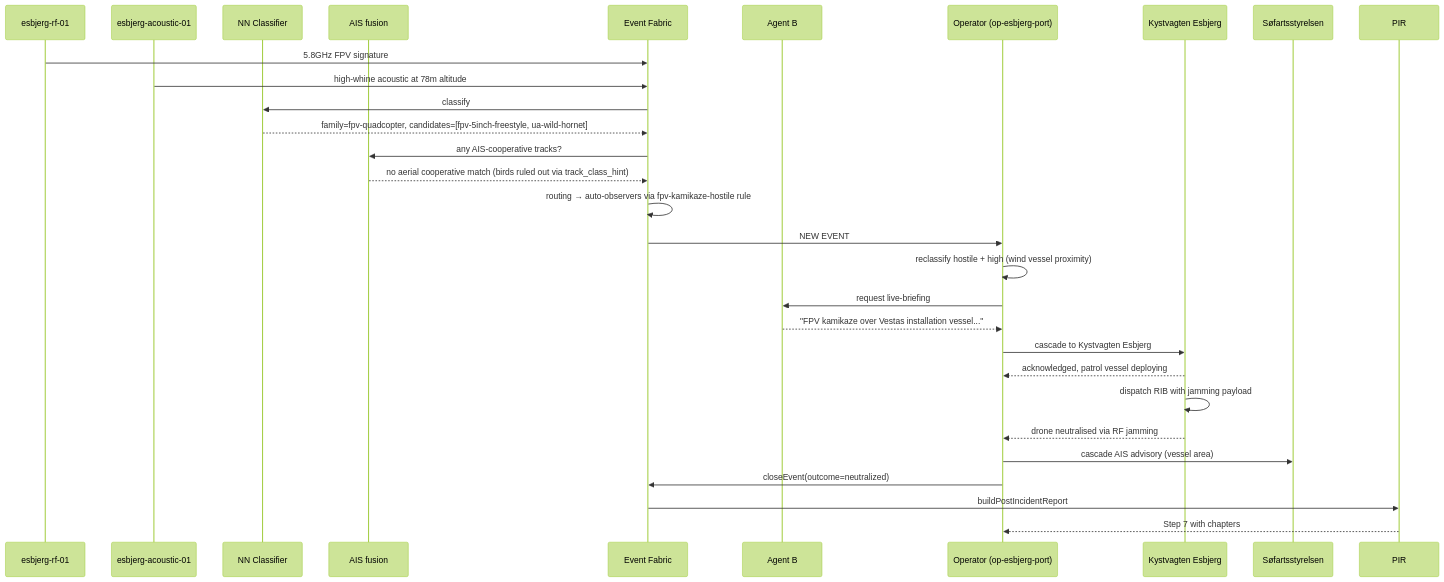
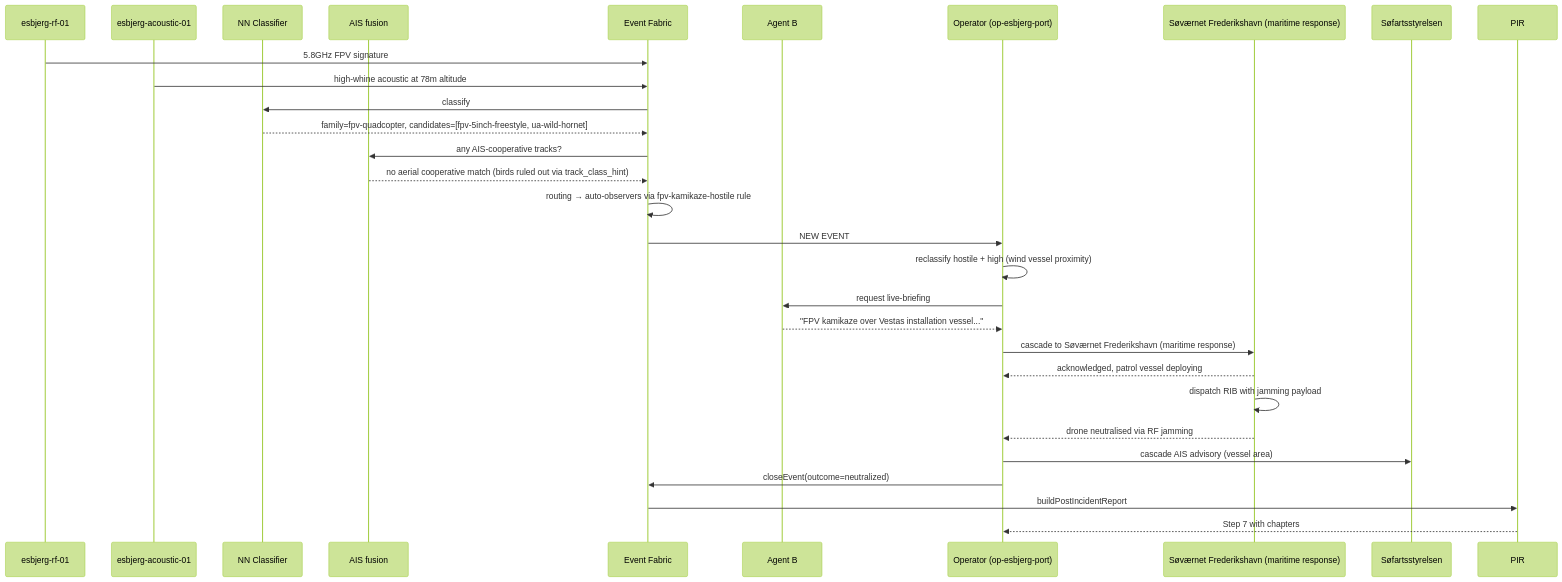
One commit to Luckyluc321/ISR-Systems-c2-platform changed the fourth of 4 diagrams in docs/sites/esbjerg-port.md. Above: the diagram before and after it, drawn with Mermaid (forest theme). The commit also changed other lines of this file and 4 other files, not shown here.

````diff
--- a/docs/sites/esbjerg-port.md
+++ b/docs/sites/esbjerg-port.md
@@ -100,32 +102,32 @@
 ```mermaid
 sequenceDiagram
   participant RF as esbjerg-rf-01
   participant AC as esbjerg-acoustic-01
   participant NN as NN Classifier
   participant COOP as AIS fusion
   participant EF as Event Fabric
   participant AB as Agent B
   participant OP as Operator (op-esbjerg-port)
-  participant KV as Kystvagten Esbjerg
+  participant KV as Søværnet Frederikshavn (maritime response)
   participant SOF as Søfartsstyrelsen
   participant PIR as PIR
   RF->>EF: 5.8GHz FPV signature
   AC->>EF: high-whine acoustic at 78m altitude
   EF->>NN: classify
   NN-->>EF: family=fpv-quadcopter, candidates=[fpv-5inch-freestyle, ua-wild-hornet]
   EF->>COOP: any AIS-cooperative tracks?
   COOP-->>EF: no aerial cooperative match (birds ruled out via track_class_hint)
   EF->>EF: routing → auto-observers via fpv-kamikaze-hostile rule
   EF->>OP: NEW EVENT
   OP->>OP: reclassify hostile + high (wind vessel proximity)
   OP->>AB: request live-briefing
   AB-->>OP: "FPV kamikaze over Vestas installation vessel..."
-  OP->>KV: cascade to Kystvagten Esbjerg
+  OP->>KV: cascade to Søværnet Frederikshavn (maritime response)
   KV-->>OP: acknowledged, patrol vessel deploying
   KV->>KV: dispatch RIB with jamming payload
   KV-->>OP: drone neutralised via RF jamming
   OP->>SOF: cascade AIS advisory (vessel area)
   OP->>EF: closeEvent(outcome=neutralized)
   EF->>PIR: buildPostIncidentReport
   PIR-->>OP: Step 7 with chapters
 ```
````
